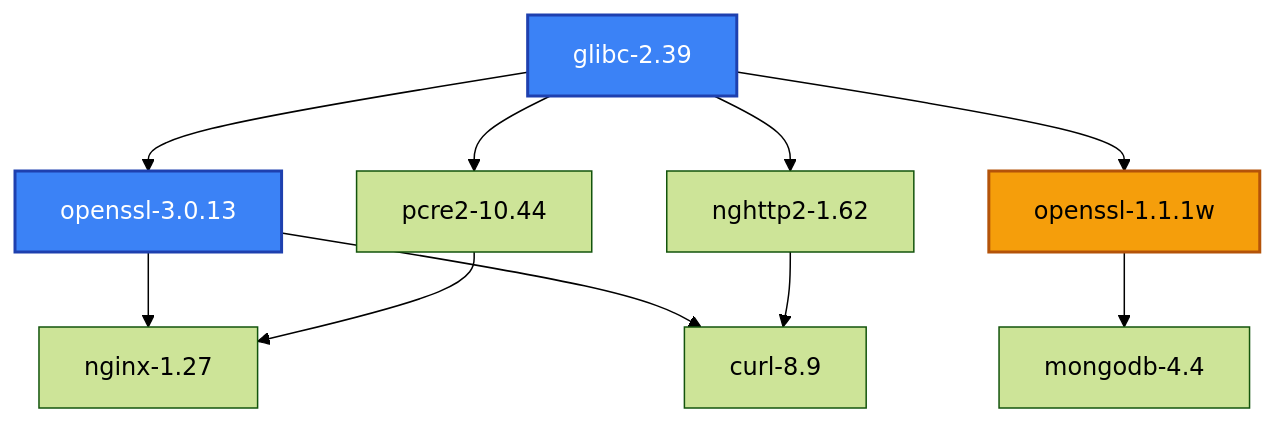
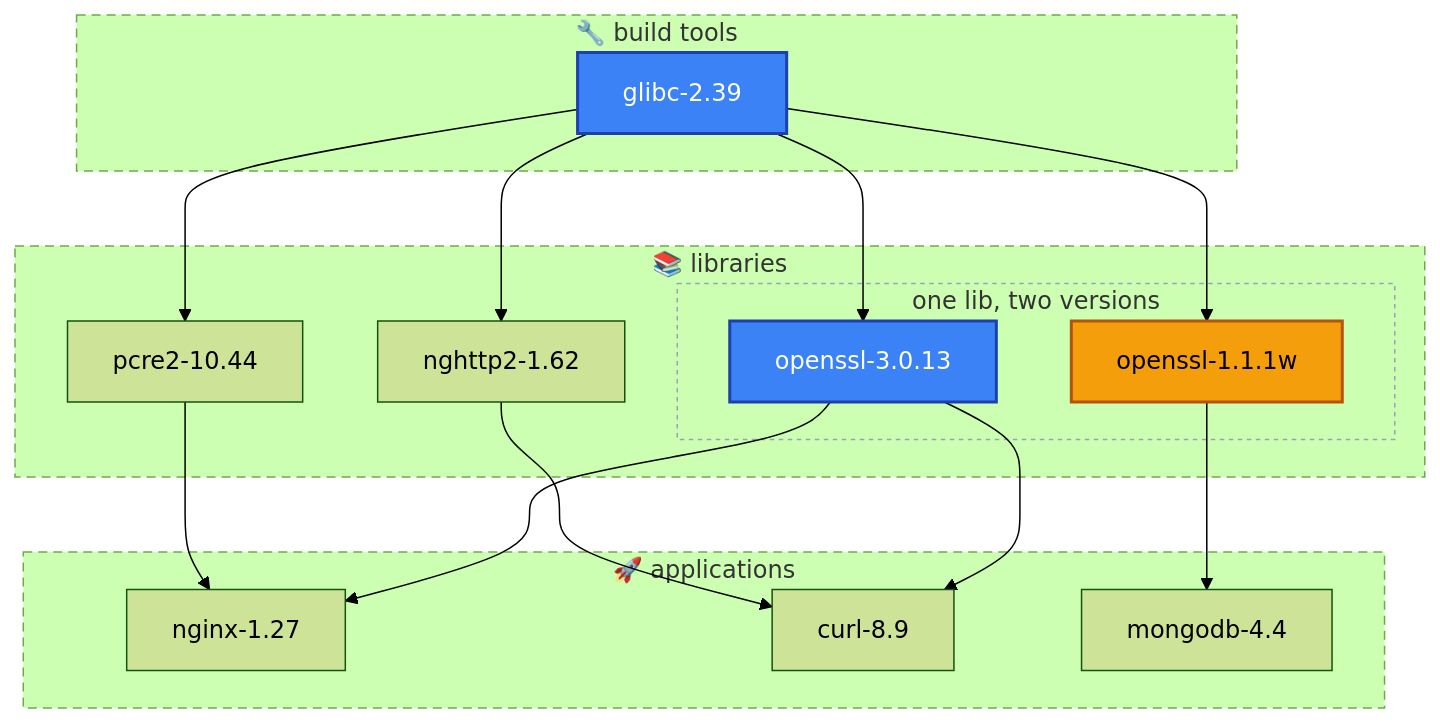
One commit to kurisu-agent/i-love-nix changed the fifth of 6 diagrams in pages/05-under-the-hood.md. Above: the diagram before and after it, drawn with Mermaid (forest theme). The commit also changed other lines of this file and 31 other files, not shown here.

First line of the commit message:
Rework pipeline section, add mermaid theme, history timeline, and Dutch interlude

````diff
--- a/pages/05-under-the-hood.md
+++ b/pages/05-under-the-hood.md
@@ -247,16 +344,36 @@
-```mermaid {scale: 0.75}
+```mermaid {scale: 0.62}
 graph TD
-  C["glibc-2.39"] --> O["openssl-3.0.13"]
-  C --> O2["openssl-1.1.1w"]
-  C --> P["pcre2-10.44"]
-  C --> H["nghttp2-1.62"]
-  O --> A["nginx-1.27"]
+  subgraph BT["🔧 build tools"]
+    C["glibc-2.39"]
+  end
+  subgraph LIB["📚 libraries"]
+    P["pcre2-10.44"]
+    H["nghttp2-1.62"]
+    subgraph SSL["one lib, two versions"]
+      O["openssl-3.0.13"]
+      O2["openssl-1.1.1w"]
+    end
+  end
+  subgraph APP["🚀 applications"]
+    A["nginx-1.27"]
+    B["curl-8.9"]
+    M["mongodb-4.4"]
+  end
+  C --> O
+  C --> O2
+  C --> P
+  C --> H
+  O --> A
   P --> A
-  O --> B["curl-8.9"]
+  O --> B
   H --> B
-  O2 --> M["mongodb-4.4"]
+  O2 --> M
   classDef shared fill:#3b82f6,color:#fff,stroke:#1e40af,stroke-width:2px;
   classDef second fill:#f59e0b,color:#000,stroke:#b45309,stroke-width:2px;
   class O,C shared
   class O2 second
+  style BT stroke-dasharray:6 4;
+  style LIB stroke-dasharray:6 4;
+  style APP stroke-dasharray:6 4;
+  style SSL stroke-dasharray:3 3,stroke:#94a3b8;
 ```
````
